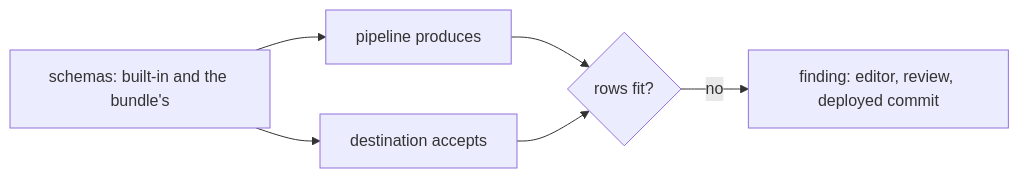
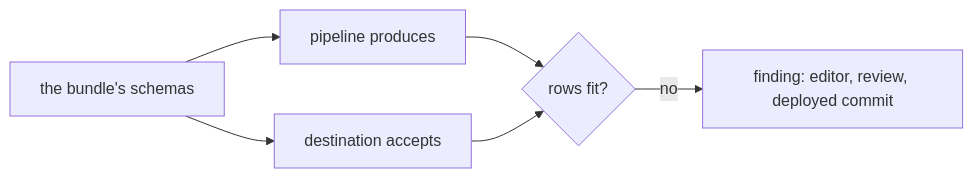
One commit to smeltr-sh/smeltr changed the first of 4 diagrams in docs/architecture/config-plane.md. Above: the diagram before and after it, drawn with Mermaid. The commit also changed other lines of this file and 37 other files, not shown here.

First line of the commit message:
Schemas: no built-ins; ECS and OCSF are not special

````diff
--- a/docs/architecture/config-plane.md
+++ b/docs/architecture/config-plane.md
@@ -57,8 +57,8 @@
 ```mermaid
 flowchart LR
-  S[schemas: built-in and the bundle's] --> P[pipeline produces]
+  S[the bundle's schemas] --> P[pipeline produces]
   S --> D[destination accepts]
   P --> F{rows fit?}
   D --> F
   F -- no --> W[finding: editor, review, deployed commit]
 ```
````
